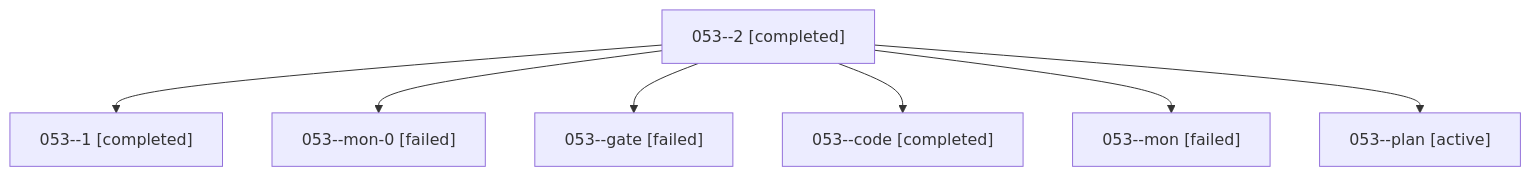
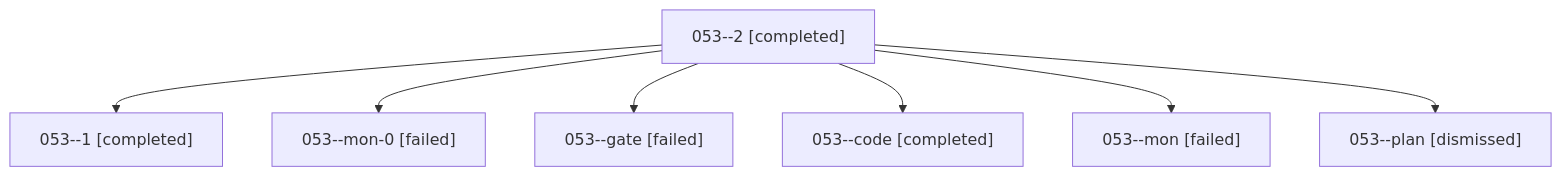
The diagram in sessions/bbugyi200.athena.053.md (sase-org/sase--agents), drawn with Mermaid before and after one commit. The commit also changed other lines of this file and 31 other files, not shown here.

````diff
--- a/sessions/bbugyi200.athena.053.md
+++ b/sessions/bbugyi200.athena.053.md
@@ -9,16 +9,16 @@
 ```mermaid
 flowchart TD
   n0["053--2 [completed]"]
   n1["053--1 [completed]"]
   n0 --> n1
   n2["053--mon-0 [failed]"]
   n0 --> n2
   n3["053--gate [failed]"]
   n0 --> n3
   n4["053--code [completed]"]
   n0 --> n4
   n5["053--mon [failed]"]
   n0 --> n5
-  n6["053--plan [active]"]
+  n6["053--plan [dismissed]"]
   n0 --> n6
 ```
````
